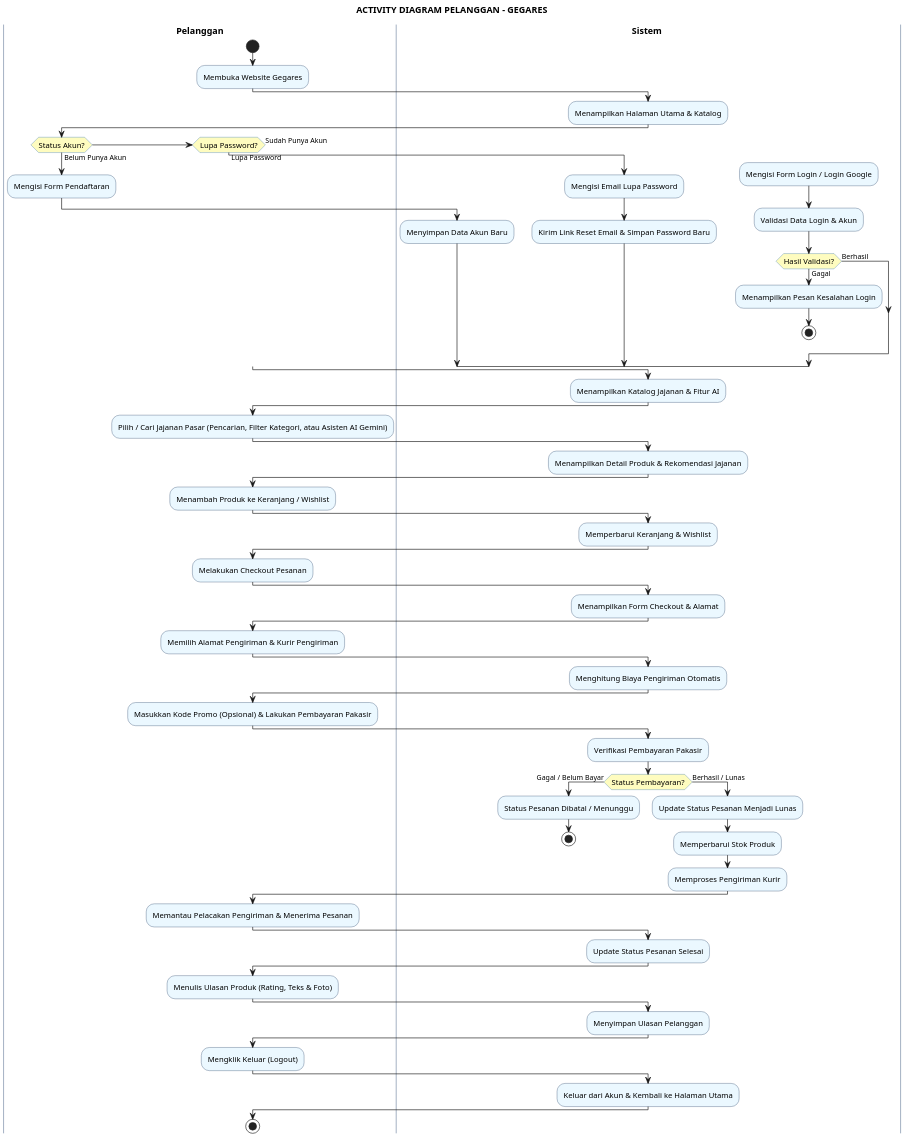
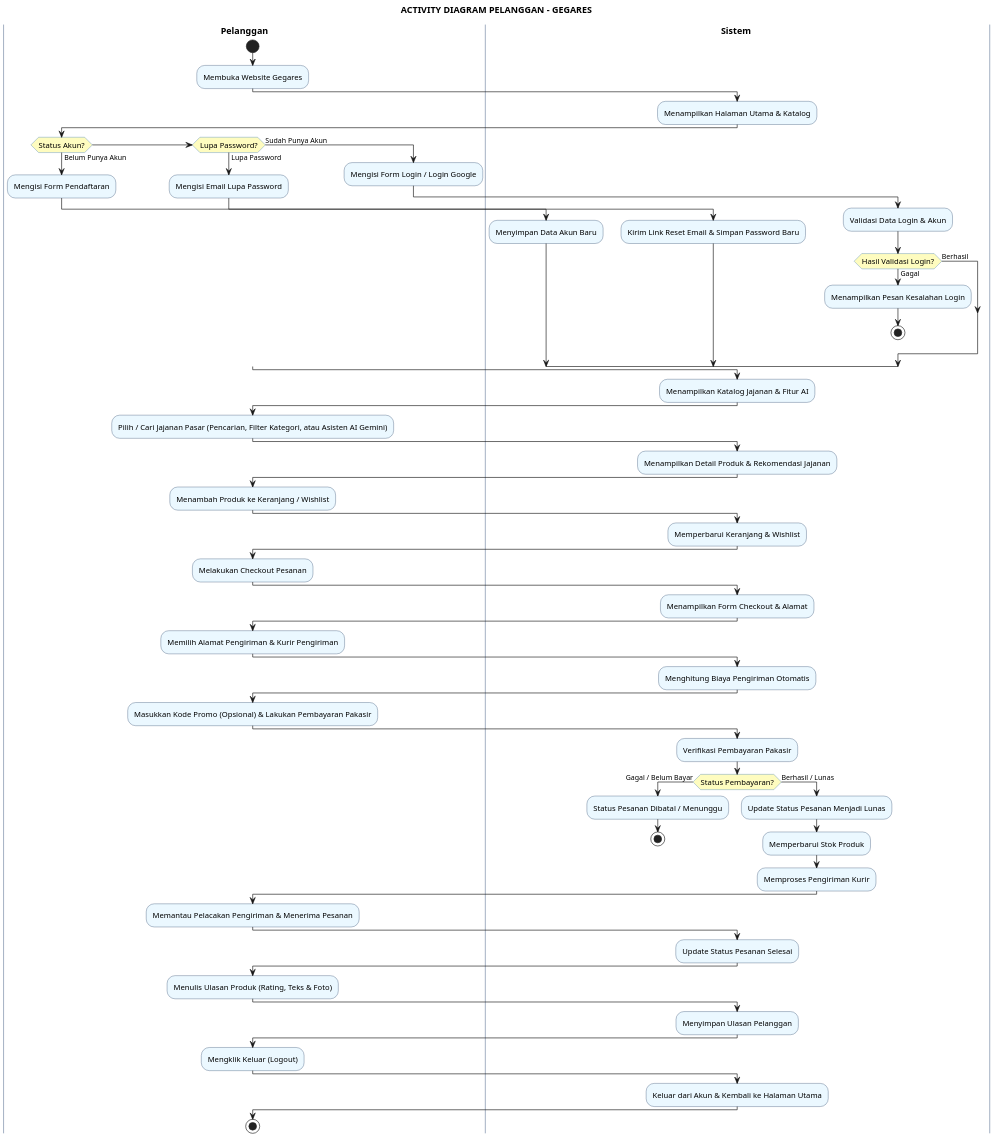
The diagram in activity_diagram_pelanggan.puml (greedykid/gegares_toko), drawn with PlantUML before and after one commit. The commit also changed 5 other files, not shown here.

Commit message:
fix(diagram): fix missing arrow into login form action node

```diff
--- a/activity_diagram_pelanggan.puml
+++ b/activity_diagram_pelanggan.puml
@@ -1,104 +1,107 @@
 @startuml
 skinparam dpi 180
 skinparam defaultFontName "SansSerif"
 skinparam ActivityFontSize 12
 skinparam ActivityBorderColor #1A365D
 skinparam ActivityBackgroundColor #EBF8FF
 skinparam ActivityDiamondBorderColor #2B6CB0
 skinparam ActivityDiamondBackgroundColor #FEFCBF
 skinparam SwimlaneTitleFontSize 14
 skinparam SwimlaneTitleFontStyle bold
 skinparam SwimlaneBorderColor #A0AEC0
 skinparam SwimlaneWidth 280
 
 title **ACTIVITY DIAGRAM PELANGGAN - GEGARES**
 
 |Pelanggan|
 start
 :Membuka Website Gegares;
 
 |Sistem|
 :Menampilkan Halaman Utama & Katalog;
 
 |Pelanggan|
 if (Status Akun?) then (Belum Punya Akun)
+  |Pelanggan|
   :Mengisi Form Pendaftaran;
   |Sistem|
   :Menyimpan Data Akun Baru;
 else if (Lupa Password?) then (Lupa Password)
+  |Pelanggan|
   :Mengisi Email Lupa Password;
   |Sistem|
   :Kirim Link Reset Email & Simpan Password Baru;
 else (Sudah Punya Akun)
+  |Pelanggan|
   :Mengisi Form Login / Login Google;
   |Sistem|
   :Validasi Data Login & Akun;
-  if (Hasil Validasi?) then (Gagal)
+  if (Hasil Validasi Login?) then (Gagal)
     :Menampilkan Pesan Kesalahan Login;
     stop
   else (Berhasil)
   endif
 endif
 
 |Sistem|
 :Menampilkan Katalog Jajanan & Fitur AI;
 
 |Pelanggan|
 :Pilih / Cari Jajanan Pasar (Pencarian, Filter Kategori, atau Asisten AI Gemini);
 
 |Sistem|
 :Menampilkan Detail Produk & Rekomendasi Jajanan;
 
 |Pelanggan|
 :Menambah Produk ke Keranjang / Wishlist;
 
 |Sistem|
 :Memperbarui Keranjang & Wishlist;
 
 |Pelanggan|
 :Melakukan Checkout Pesanan;
 
 |Sistem|
 :Menampilkan Form Checkout & Alamat;
 
 |Pelanggan|
 :Memilih Alamat Pengiriman & Kurir Pengiriman;
 
 |Sistem|
 :Menghitung Biaya Pengiriman Otomatis;
 
 |Pelanggan|
 :Masukkan Kode Promo (Opsional) & Lakukan Pembayaran Pakasir;
 
 |Sistem|
 :Verifikasi Pembayaran Pakasir;
 if (Status Pembayaran?) then (Gagal / Belum Bayar)
   :Status Pesanan Dibatal / Menunggu;
   stop
 else (Berhasil / Lunas)
   :Update Status Pesanan Menjadi Lunas;
   :Memperbarui Stok Produk;
   :Memproses Pengiriman Kurir;
 endif
 
 |Pelanggan|
 :Memantau Pelacakan Pengiriman & Menerima Pesanan;
 
 |Sistem|
 :Update Status Pesanan Selesai;
 
 |Pelanggan|
 :Menulis Ulasan Produk (Rating, Teks & Foto);
 
 |Sistem|
 :Menyimpan Ulasan Pelanggan;
 
 |Pelanggan|
 :Mengklik Keluar (Logout);
 
 |Sistem|
 :Keluar dari Akun & Kembali ke Halaman Utama;
 
 |Pelanggan|
 stop
 @enduml
```
